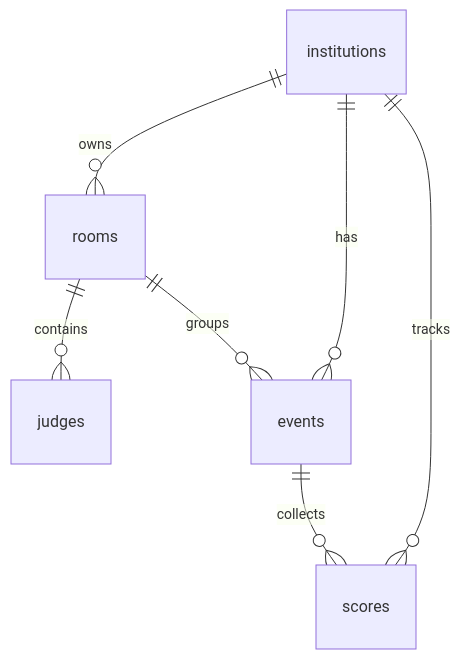
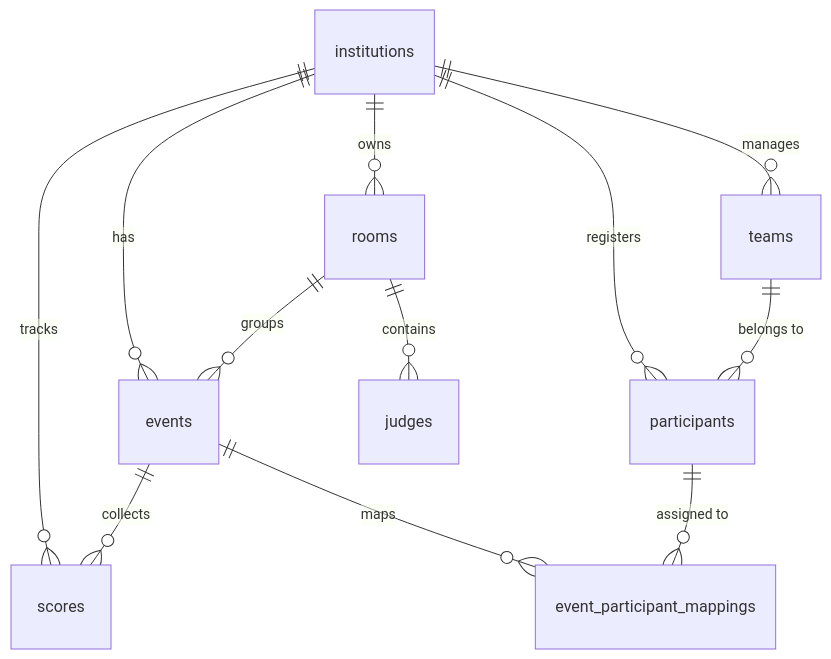
Before and after one commit to sksbvpadeel6516-sys/MiladOne: the first of 2 diagrams in doc.md, drawn with Mermaid. The commit also changed other lines of this file and 5 other files, not shown here.

````diff
--- a/doc.md
+++ b/doc.md
@@ -47,9 +49,14 @@
 ```mermaid
 erDiagram
     institutions ||--o{ rooms : "owns"
     institutions ||--o{ events : "has"
     institutions ||--o{ scores : "tracks"
+    institutions ||--o{ teams : "manages"
+    institutions ||--o{ participants : "registers"
+    teams ||--o{ participants : "belongs to"
     rooms ||--o{ judges : "contains"
     rooms ||--o{ events : "groups"
     events ||--o{ scores : "collects"
+    events ||--o{ event_participant_mappings : "maps"
+    participants ||--o{ event_participant_mappings : "assigned to"
 ```
````
